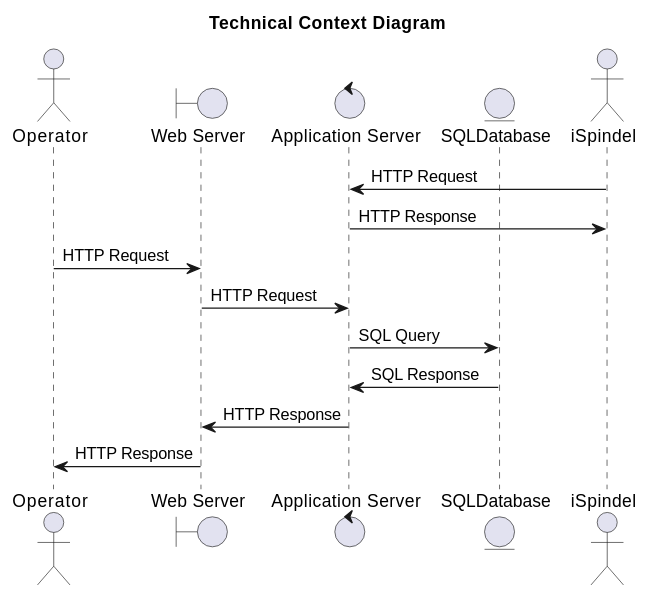
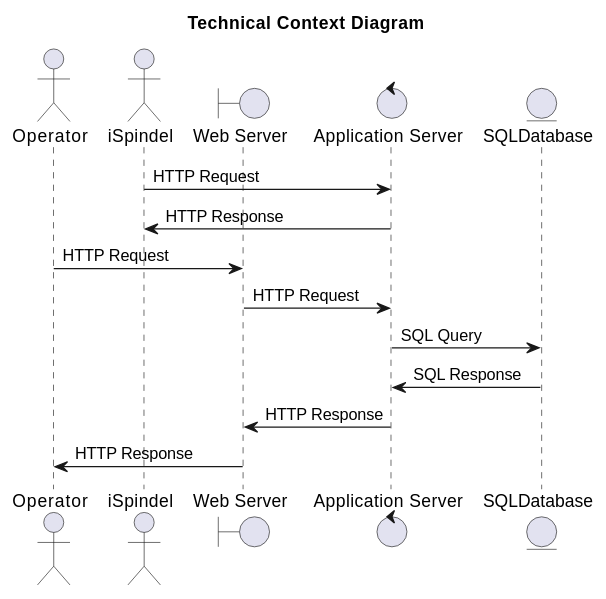
The third of 5 diagrams in documents/01-Conception-Phase/00-HoppyBrew.md (asbor/iu-project-software-engineering), drawn with PlantUML before and after one commit. The commit also changed 3 other files, not shown here.

```diff
--- a/documents/01-Conception-Phase/00-HoppyBrew.md
+++ b/documents/01-Conception-Phase/00-HoppyBrew.md
@@ -338,21 +338,22 @@
 @startuml 03-Context-View-Technical
 
 title Technical Context Diagram
 
 actor user as "Operator"
+actor ISpindel as "iSpindel"
 boundary WebServer as "Web Server"
 control AppServer as "Application Server"
 entity Database as "SQLDatabase"
-actor ISpindel as "iSpindel"
+
 
 ISpindel -> AppServer : HTTP Request
 AppServer -> ISpindel : HTTP Response
 
 user -> WebServer : HTTP Request
 WebServer -> AppServer : HTTP Request
 AppServer -> Database : SQL Query
 Database -> AppServer : SQL Response
 AppServer -> WebServer : HTTP Response
 WebServer -> user : HTTP Response
 
 @enduml
```
